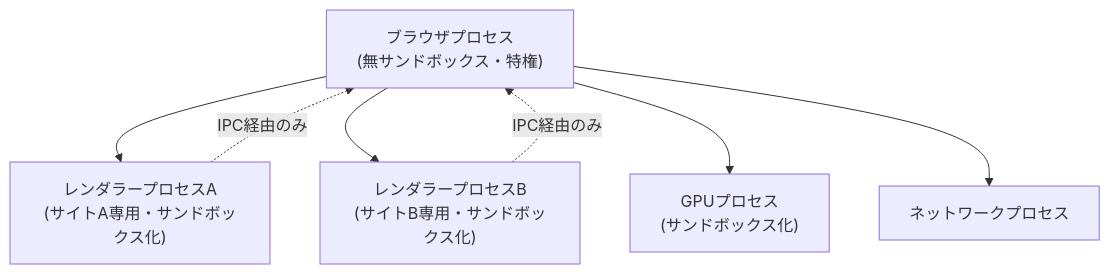
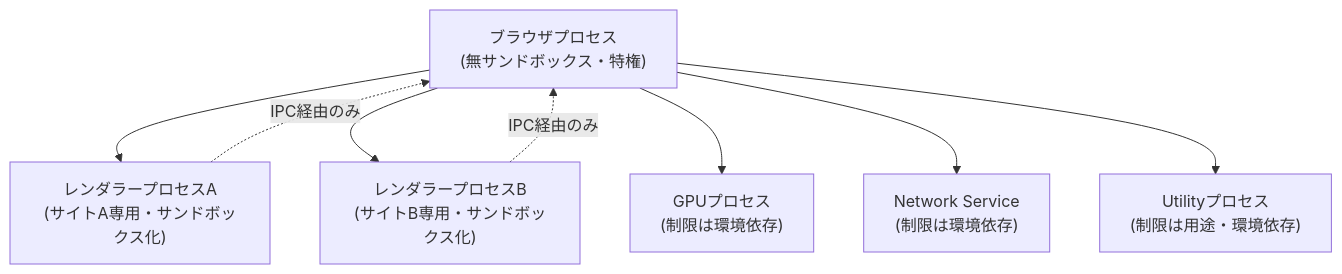
Before and after one commit to myoshi2891/Comparison-of-LLMs: the seventh of 9 diagrams in archive/md/google/Google-sandbox-best-practices.md, drawn with Mermaid. The commit also changed other lines of this file, not shown here.

````diff
--- a/archive/md/google/Google-sandbox-best-practices.md
+++ b/archive/md/google/Google-sandbox-best-practices.md
@@ -251,10 +252,11 @@
 ```mermaid
 flowchart TB
     Browser["ブラウザプロセス<br/>(無サンドボックス・特権)"]
     Browser --> RendererA["レンダラープロセスA<br/>(サイトA専用・サンドボックス化)"]
     Browser --> RendererB["レンダラープロセスB<br/>(サイトB専用・サンドボックス化)"]
-    Browser --> GPU["GPUプロセス<br/>(サンドボックス化)"]
-    Browser --> Network["ネットワークプロセス"]
+    Browser --> GPU["GPUプロセス<br/>(制限は環境依存)"]
+    Browser --> Network["Network Service<br/>(制限は環境依存)"]
+    Browser --> Utility["Utilityプロセス<br/>(制限は用途・環境依存)"]
     RendererA -.->|IPC経由のみ| Browser
     RendererB -.->|IPC経由のみ| Browser
 ```
````
